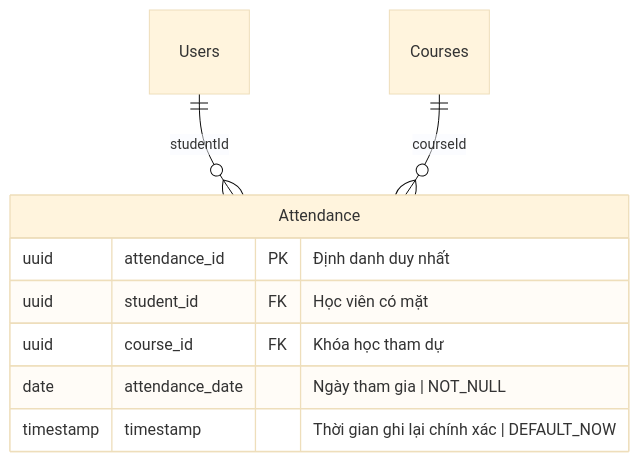
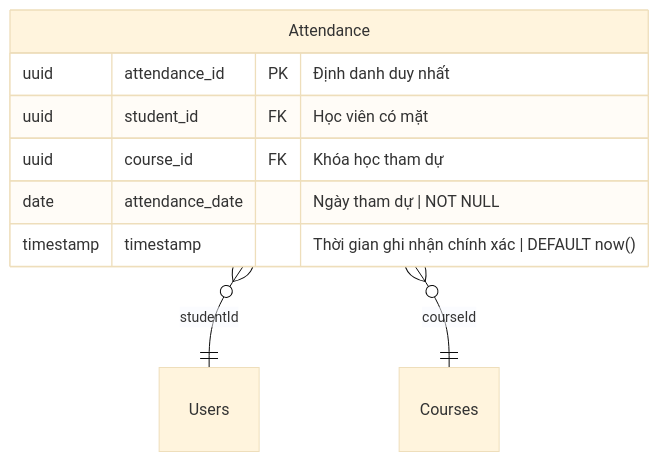
Before and after one commit to hainguyen81/enterprise-it-ai: the sixth of 12 diagrams in sources/storage/business-analysis/membership-hub/requirements.md, drawn with Mermaid (base theme). The commit also changed other lines of this file and 7 other files, not shown here.

````diff
--- a/sources/storage/business-analysis/membership-hub/requirements.md
+++ b/sources/storage/business-analysis/membership-hub/requirements.md
@@ -446,12 +503,12 @@
 ```mermaid
 erDiagram
     Attendance {
         uuid attendance_id PK "Định danh duy nhất"
         uuid student_id FK "Học viên có mặt"
         uuid course_id FK "Khóa học tham dự"
-        date attendance_date "Ngày tham gia | NOT_NULL"
-        timestamp timestamp "Thời gian ghi lại chính xác | DEFAULT_NOW"
+        date attendance_date "Ngày tham dự | NOT NULL"
+        timestamp timestamp "Thời gian ghi nhận chính xác | DEFAULT now()"
     }
-    Users ||--o{ Attendance : "studentId"
-    Courses ||--o{ Attendance : "courseId"
+    Attendance }o--|| Users : "studentId"
+    Attendance }o--|| Courses : "courseId"
 ```
````
